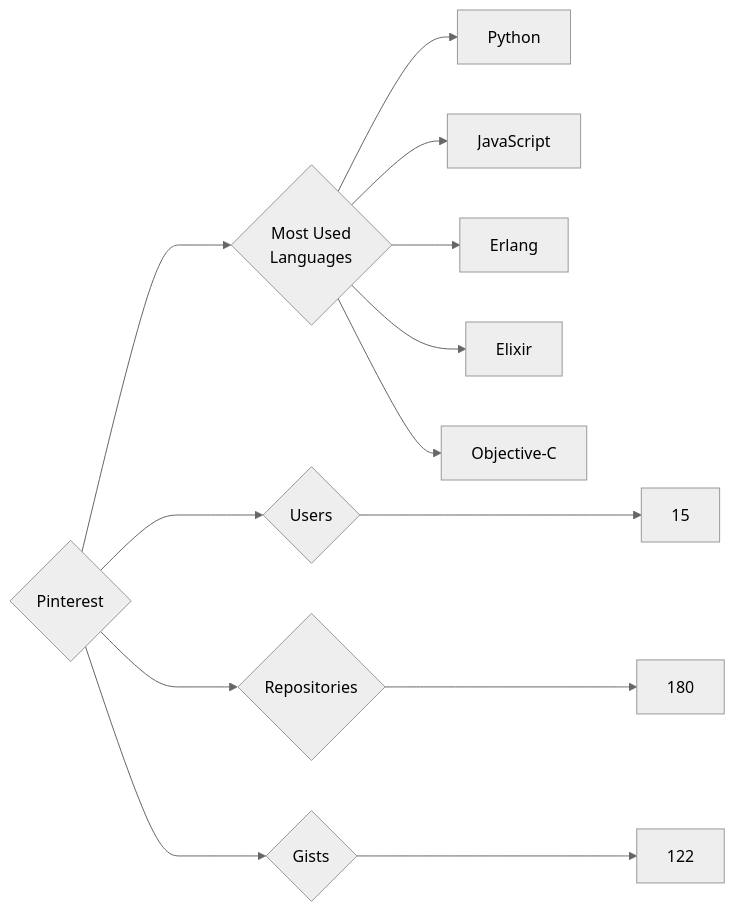
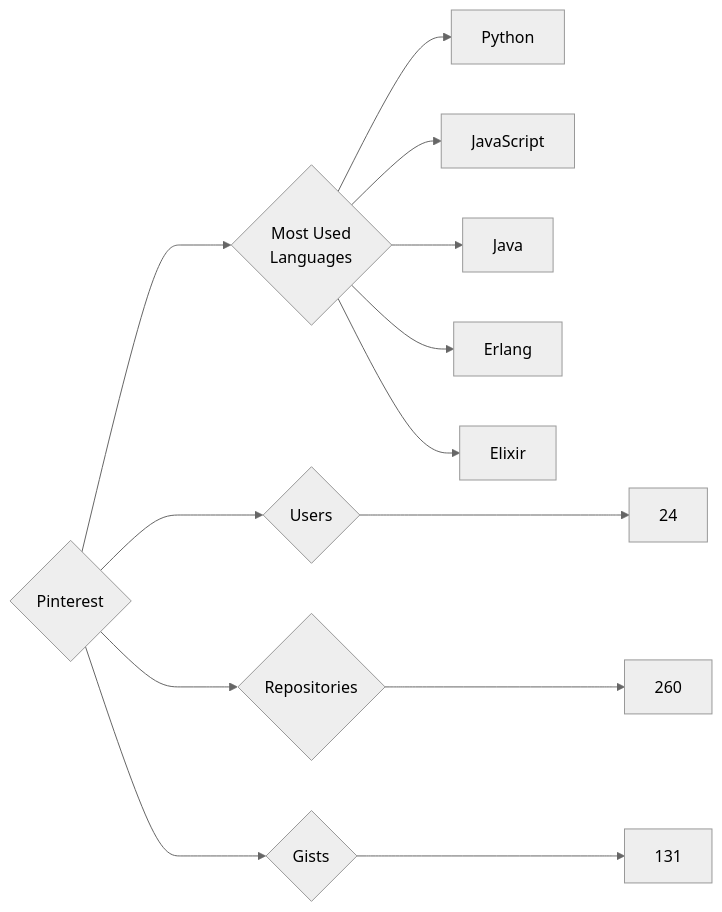
The diagram in targets/Pinterest/README.md (trickest/insiders), drawn with Mermaid (neutral theme) before and after one commit. The commit also changed 928 other files, not shown here.

````diff
--- a/targets/Pinterest/README.md
+++ b/targets/Pinterest/README.md
@@ -3,13 +3,13 @@
 ```mermaid
 graph LR
 COMPANY_NAME{Pinterest}
-COMPANY_NAME ---> U{Users} ---> UN[15]
-COMPANY_NAME ---> R{Repositories} ---> RN[180]
-COMPANY_NAME ---> G{Gists} ---> GN[122]
+COMPANY_NAME ---> U{Users} ---> UN[24]
+COMPANY_NAME ---> R{Repositories} ---> RN[260]
+COMPANY_NAME ---> G{Gists} ---> GN[131]
 COMPANY_NAME ---> ML{Most Used<br>Languages}
 ML --> Python[Python]
 ML --> JavaScript[JavaScript]
+ML --> Java[Java]
 ML --> Erlang[Erlang]
 ML --> Elixir[Elixir]
-ML --> Objective-C[Objective-C]
 ```
````
